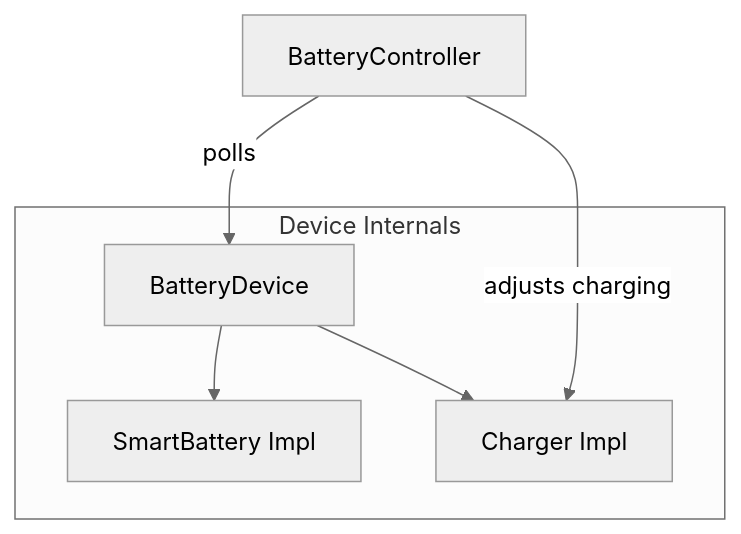
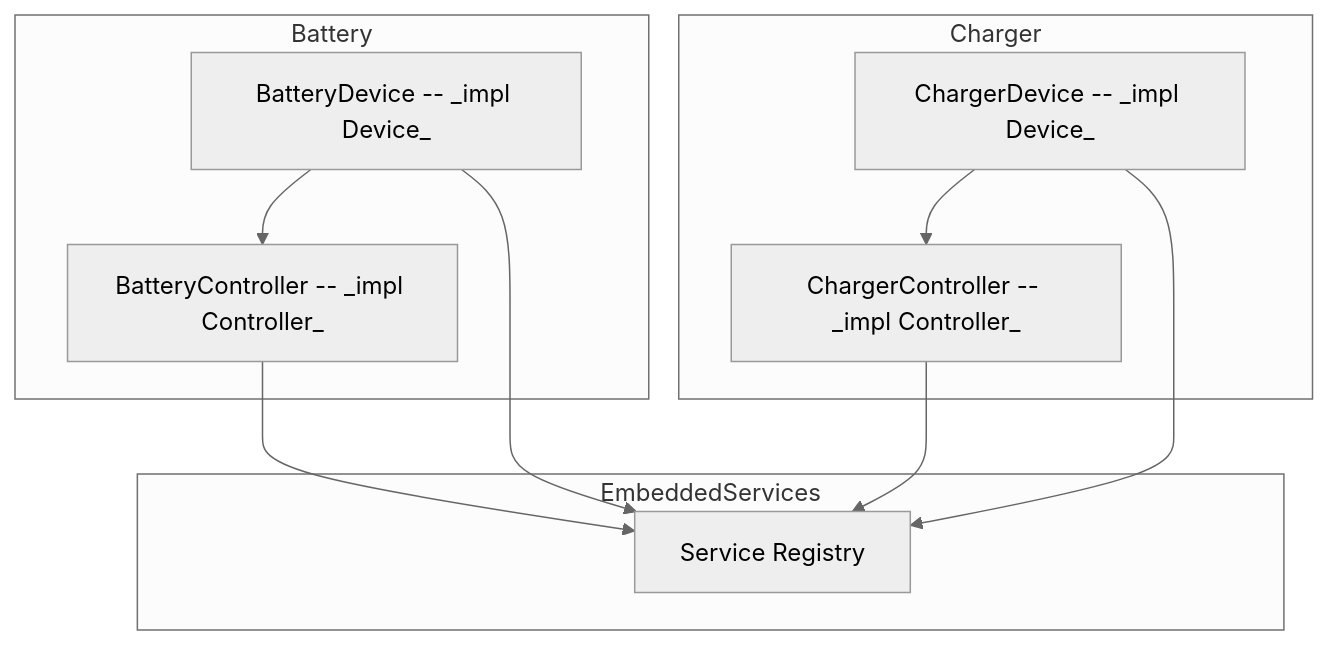
One commit to tremho/odp-documentation changed the first of 3 diagrams in guide_book/src/how/ec/charger/charger.md. Above: the diagram before and after it, drawn with Mermaid (neutral theme). The commit also changed other lines of this file and 12 other files, not shown here.

````diff
--- a/guide_book/src/how/ec/charger/charger.md
+++ b/guide_book/src/how/ec/charger/charger.md
@@ -5,13 +8,24 @@
 ```mermaid
 graph TD
-    A[BatteryController] -->|polls| B[BatteryDevice]
-    B --> C[SmartBattery Impl]
-    B --> D[Charger Impl]
-    A -->|adjusts charging| D
+    subgraph EmbeddedServices
+        Registry[Service Registry]
+    end
 
-    subgraph Device Internals
-        B
-        C
-        D
+    subgraph Battery
+        BatteryDevice[BatteryDevice -- _impl Device_]
+        BatteryController[BatteryController -- _impl Controller_]
     end
+
+    subgraph Charger
+        ChargerDevice[ChargerDevice -- _impl Device_]
+        ChargerController[ChargerController -- _impl Controller_]
+    end
+
+    BatteryDevice --> BatteryController
+    ChargerDevice --> ChargerController
+
+    BatteryController --> Registry
+    ChargerController --> Registry
+    BatteryDevice --> Registry
+    ChargerDevice --> Registry
 ```
````
